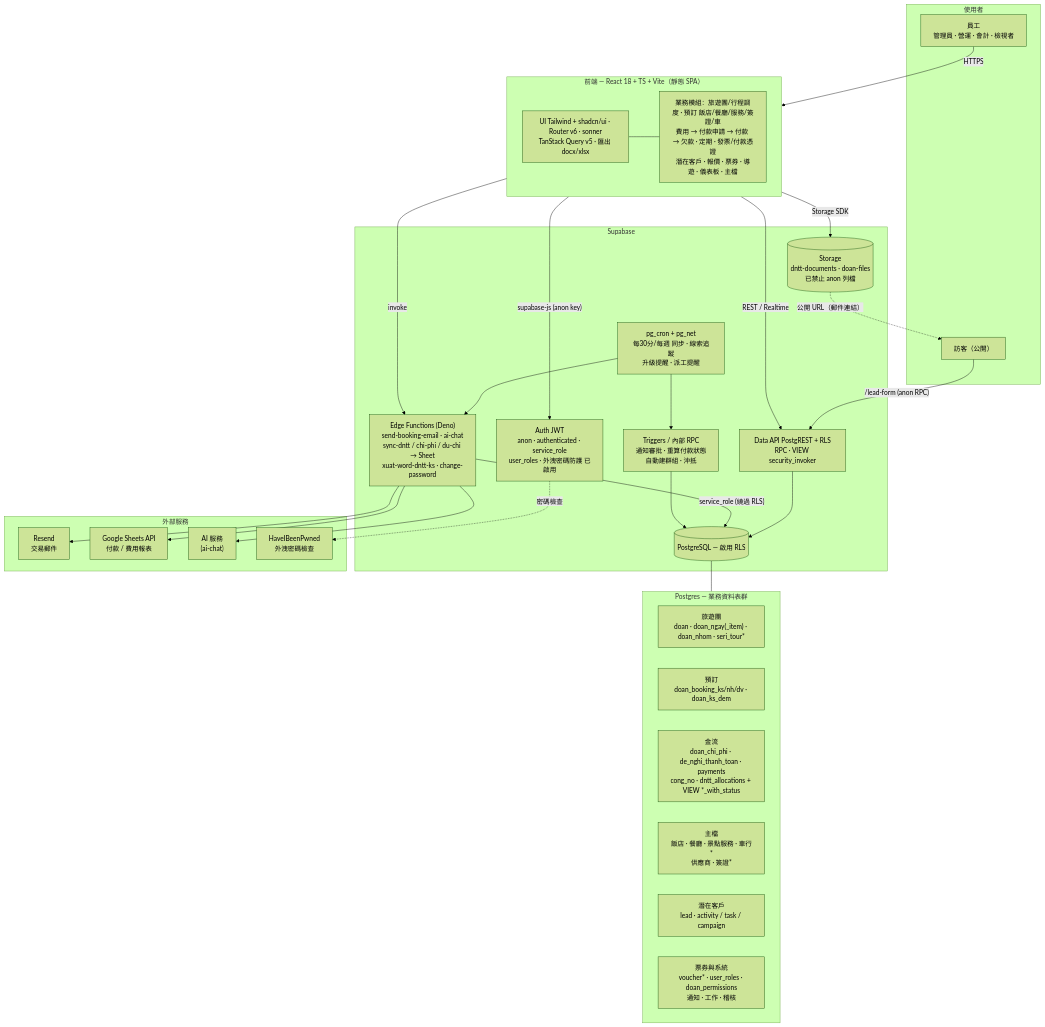
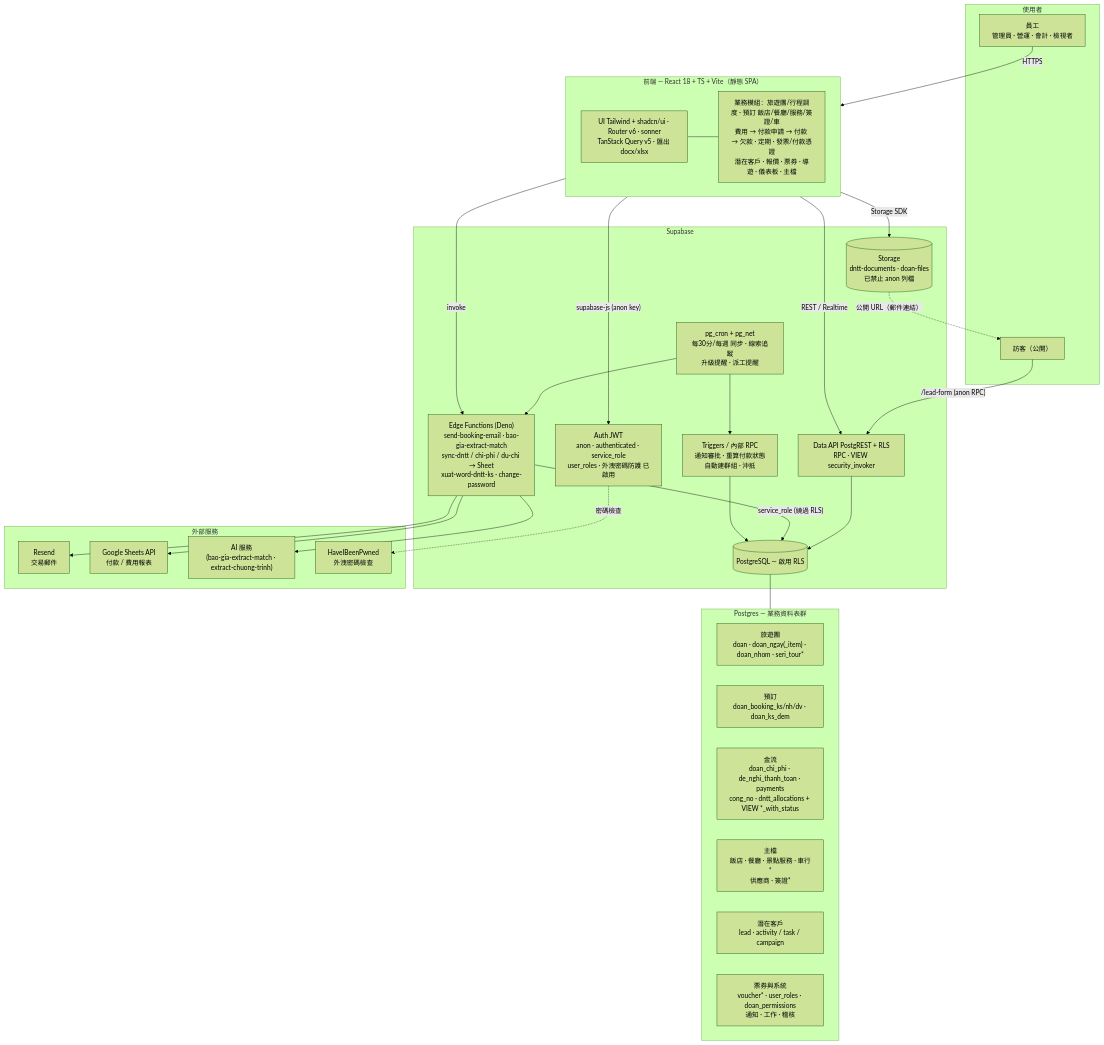
The first of 3 diagrams in ARCHITECTURE.zh-TW.md (S8travel/clean-code-hub), drawn with Mermaid (forest theme) before and after one commit. The commit also changed 23 other files, not shown here.

First line of the commit message:
fix(bao-mat): siet duong ra cua chung tu, mail va file bao gia co gia von (#331)

````diff
--- a/ARCHITECTURE.zh-TW.md
+++ b/ARCHITECTURE.zh-TW.md
@@ -22,59 +22,59 @@
 ```mermaid
 flowchart TB
   subgraph USERS["使用者"]
     staff["員工<br/>管理員 · 營運 · 會計 · 檢視者"]
     guest["訪客（公開）"]
   end
 
   subgraph FE["前端 — React 18 + TS + Vite（靜態 SPA）"]
     feUI["UI Tailwind + shadcn/ui · Router v6 · sonner<br/>TanStack Query v5 · 匯出 docx/xlsx"]
     feMod["業務模組：旅遊團/行程調度 · 預訂 飯店/餐廳/服務/簽證/車<br/>費用 → 付款申請 → 付款 → 欠款 · 定期 · 發票/付款憑證<br/>潛在客戶 · 報價 · 票券 · 導遊 · 儀表板 · 主檔"]
     feUI --- feMod
   end
 
   subgraph SB["Supabase"]
     auth["Auth JWT<br/>anon · authenticated · service_role<br/>user_roles · 外洩密碼防護 已啟用"]
     api["Data API PostgREST + RLS<br/>RPC · VIEW security_invoker"]
-    edge["Edge Functions (Deno)<br/>send-booking-email · ai-chat<br/>sync-dntt / chi-phi / du-chi → Sheet<br/>xuat-word-dntt-ks · change-password"]
+    edge["Edge Functions (Deno)<br/>send-booking-email · bao-gia-extract-match<br/>sync-dntt / chi-phi / du-chi → Sheet<br/>xuat-word-dntt-ks · change-password"]
     db[("PostgreSQL — 啟用 RLS")]
     storage[("Storage<br/>dntt-documents · doan-files<br/>已禁止 anon 列檔")]
     cron["pg_cron + pg_net<br/>每30分/每週 同步 · 線索追蹤<br/>升級提醒 · 派工提醒"]
     trig["Triggers / 內部 RPC<br/>通知審批 · 重算付款狀態<br/>自動建群組 · 沖抵"]
   end
 
   subgraph DBD["Postgres — 業務資料表群"]
     d1["旅遊團<br/>doan · doan_ngay(_item) · doan_nhom · seri_tour*"]
     d2["預訂<br/>doan_booking_ks/nh/dv · doan_ks_dem"]
     d3["金流<br/>doan_chi_phi · de_nghi_thanh_toan · payments<br/>cong_no · dntt_allocations + VIEW *_with_status"]
     d4["主檔<br/>飯店 · 餐廳 · 景點服務 · 車行*<br/>供應商 · 簽證*"]
     d5["潛在客戶<br/>lead · activity / task / campaign"]
     d6["票券與系統<br/>voucher* · user_roles · doan_permissions<br/>通知 · 工作 · 稽核"]
   end
 
   subgraph EXT["外部服務"]
     resend["Resend<br/>交易郵件"]
     sheets["Google Sheets API<br/>付款 / 費用報表"]
-    ai["AI 服務<br/>(ai-chat)"]
+    ai["AI 服務<br/>(bao-gia-extract-match · extract-chuong-trinh)"]
     hibp["HaveIBeenPwned<br/>外洩密碼檢查"]
   end
 
   staff -->|HTTPS| FE
   FE -->|"supabase-js (anon key)"| auth
   FE -->|REST / Realtime| api
   FE -->|Storage SDK| storage
   FE -->|invoke| edge
   guest -->|"/lead-form (anon RPC)"| api
   storage -. "公開 URL（郵件連結）" .-> guest
 
   api --> db
   db --- DBD
   edge -->|"service_role (繞過 RLS)"| db
   cron --> edge
   cron --> trig
   trig --> db
 
   edge --> resend
   edge --> sheets
   edge --> ai
   auth -. "密碼檢查" .-> hibp
 ```
````
